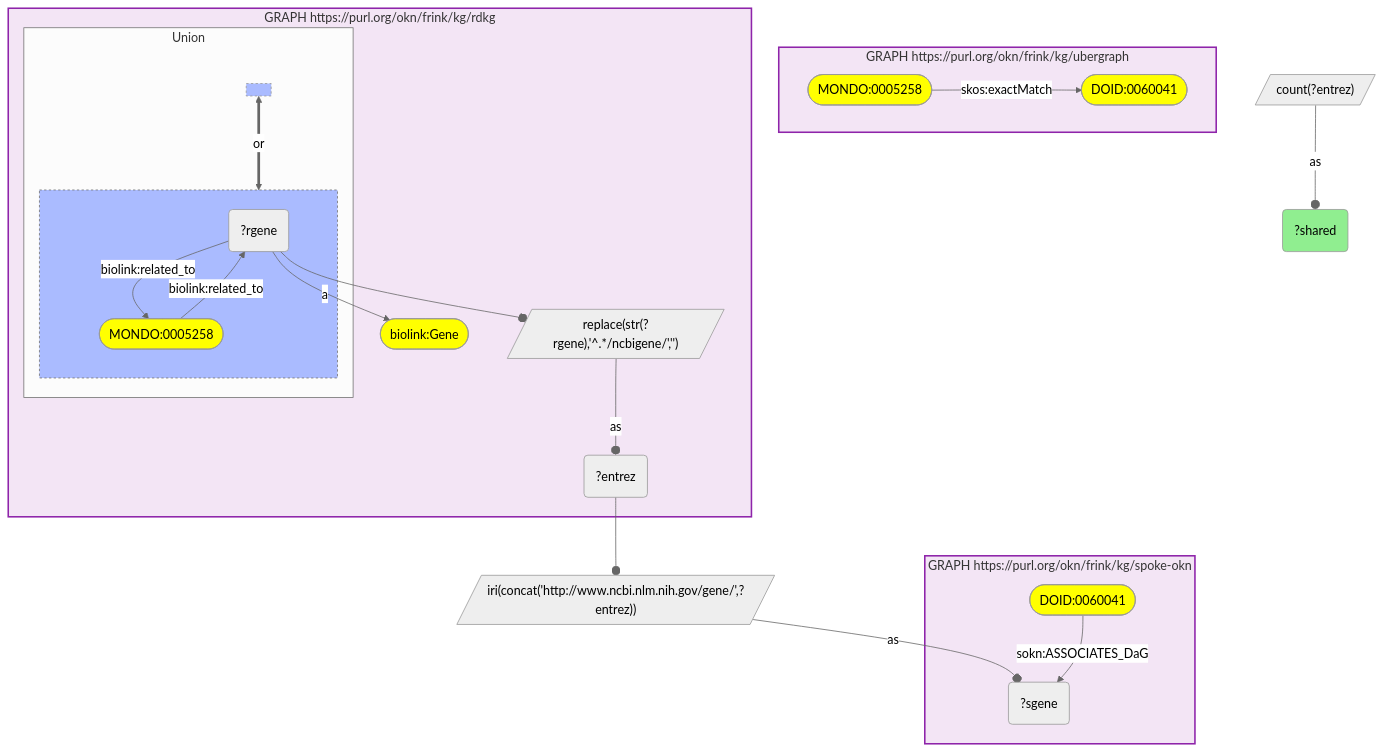
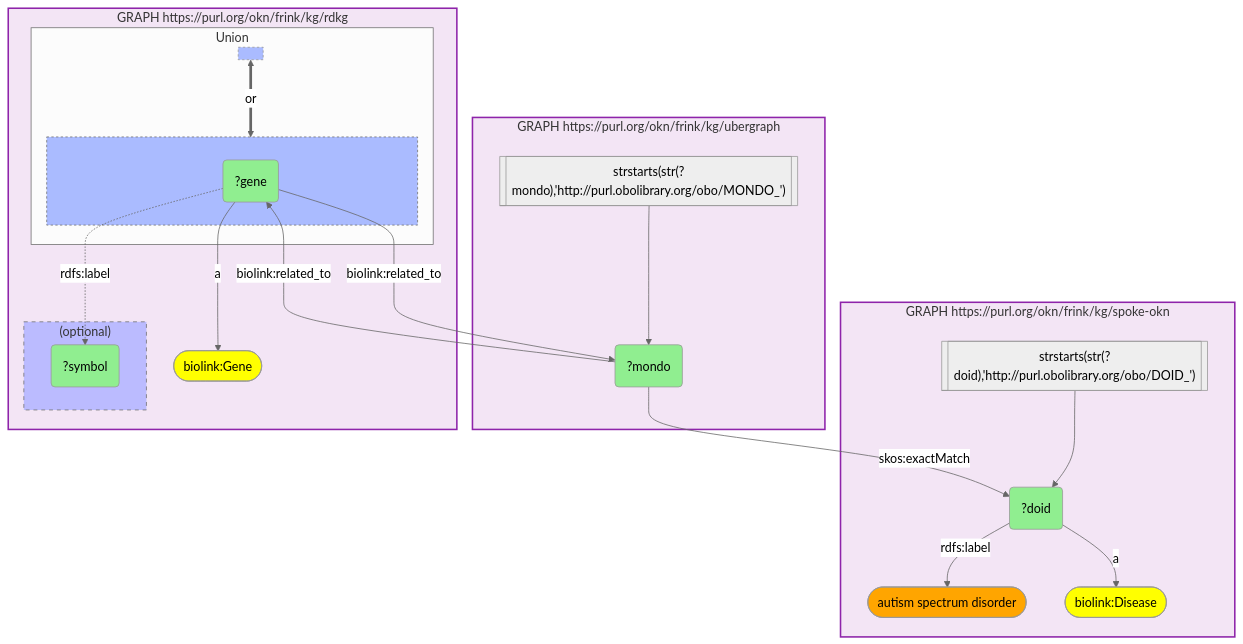
One commit to sbl-sdsc/sparql-to-mermaid changed the second of 2 diagrams in README.md. Above: the diagram before and after it, drawn with Mermaid (neutral theme). The commit also changed other lines of this file, not shown here.

Commit message:
Swap in autism spectrum disorder multi-graph README example
Replace the COUNT-based three-graph example with a disease-label ->
DOID -> MONDO -> gene federated query across spoke-okn, ubergraph and
rdkg. It shows cross-graph variable joins (skos:exactMatch,
biolink:related_to), STRSTARTS filters as nodes, and the rdkg UNION whose
mirrored arms leave one empty box -- with a pointer to the new
--collapse-empty-unions flag. The embedded diagram is the tool's own
output; the heading is unchanged so the Fidelity-section anchor still
resolves.

````diff
--- a/README.md
+++ b/README.md
@@ -183,46 +186,45 @@
 ```mermaid
 graph TD
 classDef projected fill:lightgreen;
 classDef literal fill:orange;
 classDef iri fill:yellow;
-  v4("?entrez")
-  v5("?rgene")
-  v3("?sgene")
-  v1("?shared"):::projected 
-  subgraph graph0["GRAPH https://purl.org/okn/frink/kg/ubergraph"]
+  v1("?doid"):::projected 
+  v3("?gene"):::projected 
+  v2("?mondo"):::projected 
+  v4("?symbol"):::projected 
+  subgraph graph0["GRAPH https://purl.org/okn/frink/kg/spoke-okn"]
     style graph0 fill:#f3e5f5,stroke:#8e24aa,stroke-width:2px;
-    graph0c3(["DOID:0060041"]):::iri 
-    graph0c1(["MONDO:0005258"]):::iri 
-    graph0c1 --"skos:exactMatch"--> graph0c3
+    graph0c2(["autism spectrum disorder"]):::literal 
+    graph0c4(["biolink:Disease"]):::iri 
+    graph0f0[["strstarts(str(?doid),'http://purl.obolibrary.org/obo/DOID_')"]]
+    graph0f0 --> v1
+    v1 --"rdfs:label"--> graph0c2
+    v1 --"a"--> graph0c4
   end
-  subgraph graph1["GRAPH https://purl.org/okn/frink/kg/rdkg"]
+  subgraph graph1["GRAPH https://purl.org/okn/frink/kg/ubergraph"]
     style graph1 fill:#f3e5f5,stroke:#8e24aa,stroke-width:2px;
-    graph1c1(["MONDO:0005258"]):::iri 
-    graph1c4(["biolink:Gene"]):::iri 
-    subgraph uniongraph10[" Union "]
-    subgraph uniongraph10l[" "]
-      style uniongraph10l fill:#abf,stroke-dasharray: 3 3;
-      v5 --"biolink:related_to"--> graph1c1
+    graph1f1[["strstarts(str(?mondo),'http://purl.obolibrary.org/obo/MONDO_')"]]
+    graph1f1 --> v2
+    v2 --"skos:exactMatch"--> v1
+  end
+  subgraph graph2["GRAPH https://purl.org/okn/frink/kg/rdkg"]
+    style graph2 fill:#f3e5f5,stroke:#8e24aa,stroke-width:2px;
+    graph2c3(["biolink:Gene"]):::iri 
+    subgraph uniongraph20[" Union "]
+    subgraph uniongraph20l[" "]
+      style uniongraph20l fill:#abf,stroke-dasharray: 3 3;
+      v3 --"biolink:related_to"--> v2
     end
-    subgraph uniongraph10r[" "]
-      style uniongraph10r fill:#abf,stroke-dasharray: 3 3;
-      graph1c1 --"biolink:related_to"--> v5
+    subgraph uniongraph20r[" "]
+      style uniongraph20r fill:#abf,stroke-dasharray: 3 3;
+      v2 --"biolink:related_to"--> v3
     end
-    uniongraph10r <== or ==> uniongraph10l
+    uniongraph20r <== or ==> uniongraph20l
     end
-    v5 --"a"--> graph1c4
-    graph1bind0[/"replace(str(?rgene),'^.*/ncbigene/','')"/]
-    v5 --o graph1bind0
-    graph1bind0 --as--o v4
+    v3 --"a"--> graph2c3
+    subgraph optionalgraph20["(optional)"]
+    style optionalgraph20 fill:#bbf,stroke-dasharray: 5 5;
+      v3 -."rdfs:label".-> v4
+    end
   end
-  bind1[/"iri(concat('http://www.ncbi.nlm.nih.gov/gene/',?entrez))"/]
-  v4 --o bind1
-  bind1 --as--o v3
-  subgraph graph2["GRAPH https://purl.org/okn/frink/kg/spoke-okn"]
-    style graph2 fill:#f3e5f5,stroke:#8e24aa,stroke-width:2px;
-    graph2c1(["DOID:0060041"]):::iri 
-    graph2c1 --"sokn:ASSOCIATES_DaG"--> v3
-  end
-  bind2[/"count(?entrez)"/]
-  bind2 --as--o v1
 ```
````
